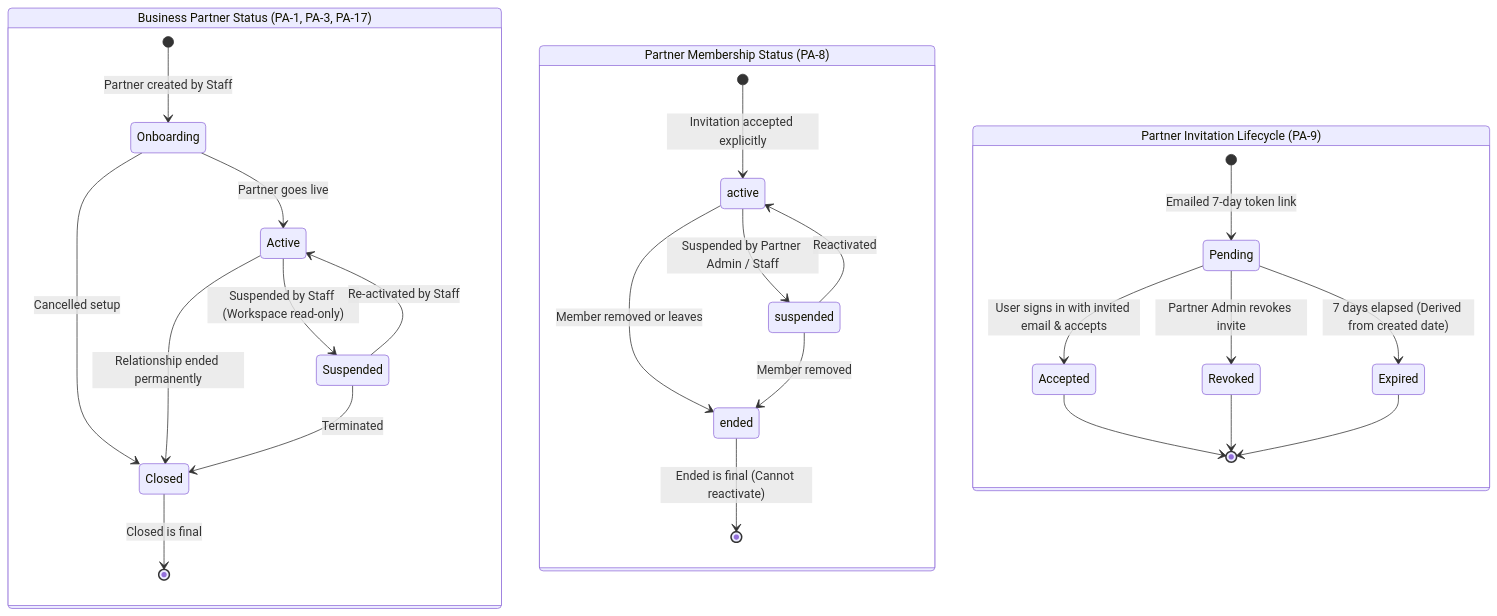
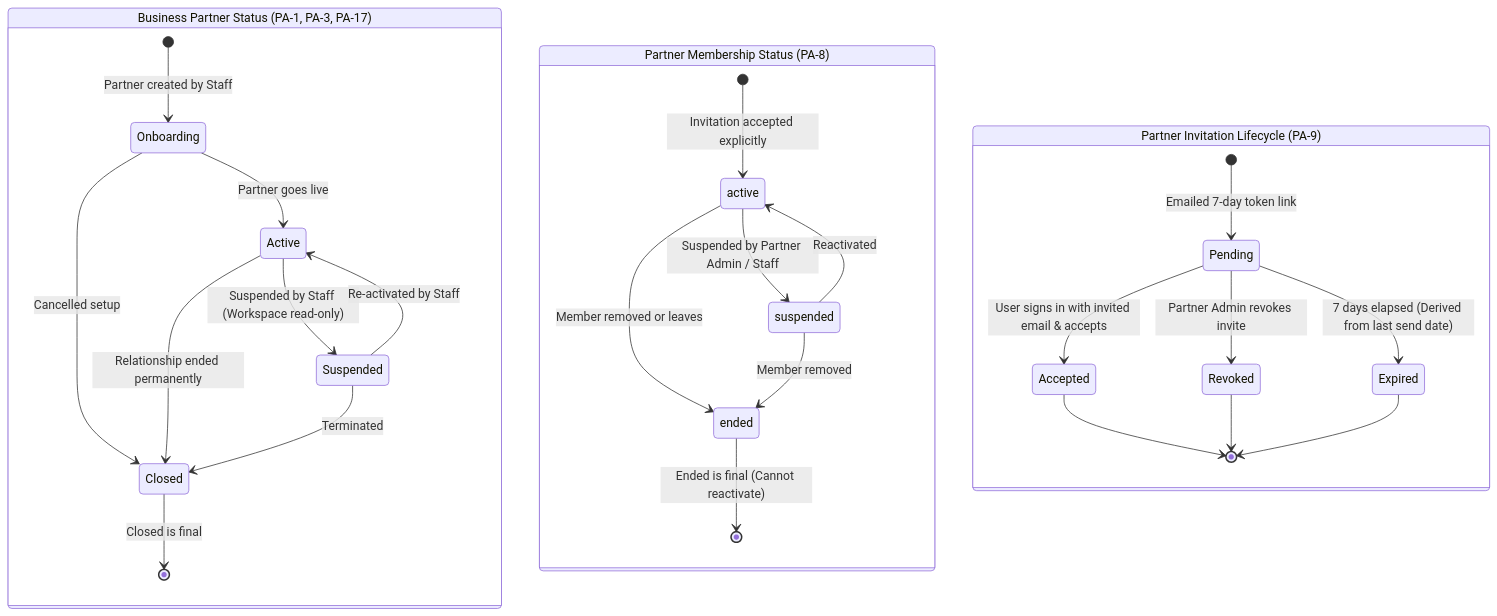
One commit to 3mrhussein/findeg changed the second of 2 diagrams in docs/business/partners.md. Above: the diagram before and after it, drawn with Mermaid. The commit also changed other lines of this file and 10 other files, not shown here.

````diff
--- a/docs/business/partners.md
+++ b/docs/business/partners.md
@@ -126,34 +126,34 @@
 ```mermaid
 stateDiagram-v2
     direction TB
 
     state "Business Partner Status (PA-1, PA-3, PA-17)" as BP {
         [*] --> Onboarding: Partner created by Staff
         Onboarding --> Active: Partner goes live
         Active --> Suspended: Suspended by Staff (Workspace read-only)
         Suspended --> Active: Re-activated by Staff
         Onboarding --> Closed: Cancelled setup
         Active --> Closed: Relationship ended permanently
         Suspended --> Closed: Terminated
         Closed --> [*]: Closed is final
     }
 
     state "Partner Membership Status (PA-8)" as PM {
         [*] --> active: Invitation accepted explicitly
         active --> suspended: Suspended by Partner Admin / Staff
         suspended --> active: Reactivated
         active --> ended: Member removed or leaves
         suspended --> ended: Member removed
         ended --> [*]: Ended is final (Cannot reactivate)
     }
 
     state "Partner Invitation Lifecycle (PA-9)" as PI {
         [*] --> Pending: Emailed 7-day token link
         Pending --> Accepted: User signs in with invited email & accepts
         Pending --> Revoked: Partner Admin revokes invite
-        Pending --> Expired: 7 days elapsed (Derived from created date)
+        Pending --> Expired: 7 days elapsed (Derived from last send date)
         Accepted --> [*]
         Revoked --> [*]
         Expired --> [*]
     }
 ```
````
